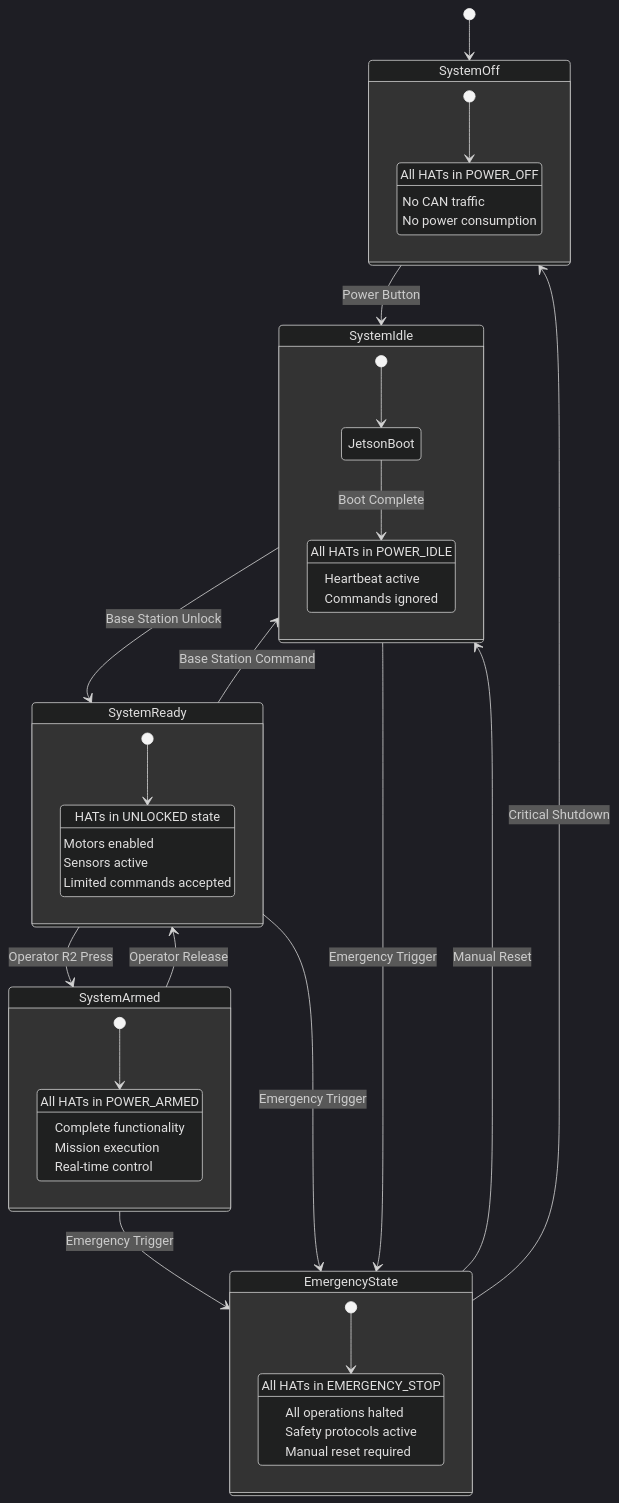
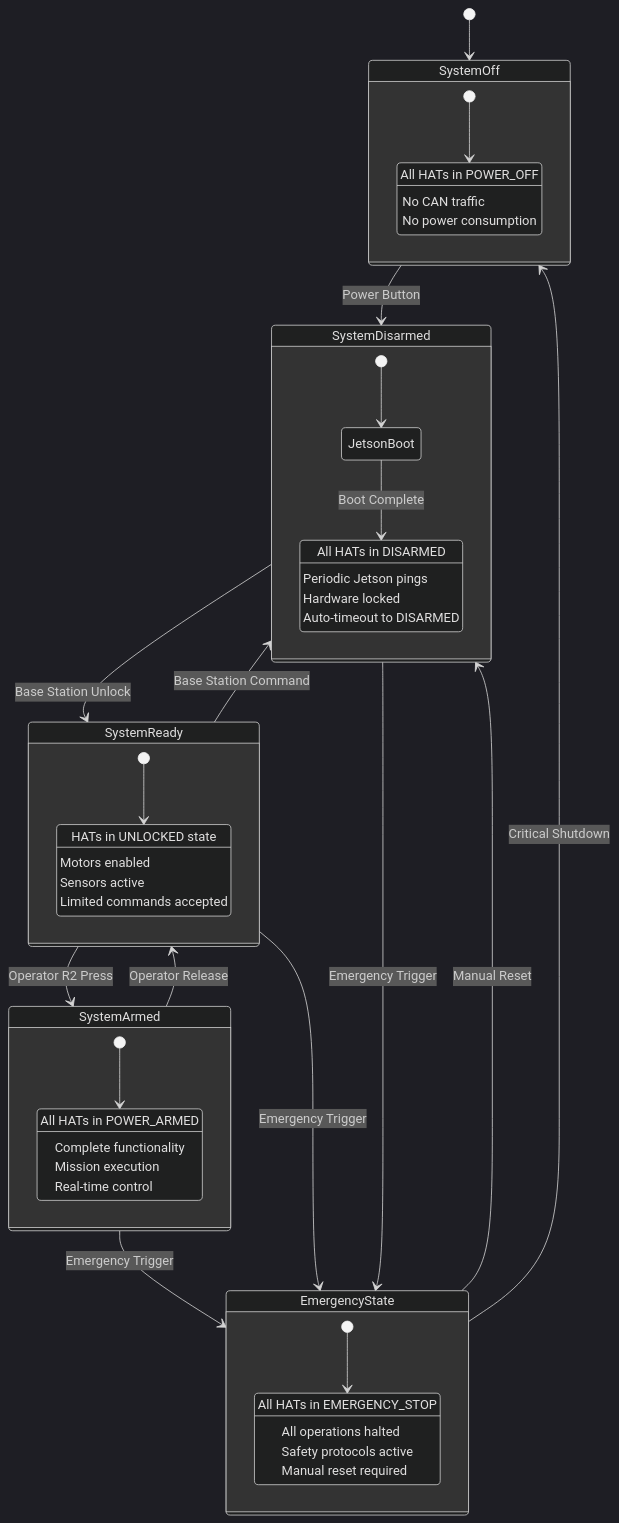
Before and after one commit to AryanRai/SIRI-Elec: the fifth of 8 diagrams in architecture.md, drawn with Mermaid (dark theme). The commit also changed 5 other files, not shown here.

````diff
--- a/architecture.md
+++ b/architecture.md
@@ -272,58 +272,59 @@
 ```mermaid
 stateDiagram-v2
     [*] --> SystemOff
     
     state SystemOff {
         [*] --> AllHATsOff
         AllHATsOff : All HATs in POWER_OFF
         AllHATsOff : No CAN traffic
         AllHATsOff : No power consumption
     }
     
-    SystemOff --> SystemIdle : Power Button
+    SystemOff --> SystemDisarmed : Power Button
     
-    state SystemIdle {
+    state SystemDisarmed {
         [*] --> JetsonBoot
-        JetsonBoot --> HATsIdle : Boot Complete
-        HATsIdle : All HATs in POWER_IDLE
-        HATsIdle : Heartbeat active
-        HATsIdle : Commands ignored
+        JetsonBoot --> HATsDisarmed : Boot Complete
+        HATsDisarmed : All HATs in DISARMED
+        HATsDisarmed : Periodic Jetson pings
+        HATsDisarmed : Hardware locked
+        HATsDisarmed : Auto-timeout to DISARMED
     }
     
-    SystemIdle --> SystemReady : Base Station Unlock
+    SystemDisarmed --> SystemReady : Base Station Unlock
     
     state SystemReady {
         [*] --> HATsUnlocked
         HATsUnlocked : HATs in UNLOCKED state
         HATsUnlocked : Motors enabled
         HATsUnlocked : Sensors active
         HATsUnlocked : Limited commands accepted
     }
     
     SystemReady --> SystemArmed : Operator R2 Press
     
     state SystemArmed {
         [*] --> FullyOperational
         FullyOperational : All HATs in POWER_ARMED
         FullyOperational : Complete functionality
         FullyOperational : Mission execution
         FullyOperational : Real-time control
     }
     
     SystemArmed --> SystemReady : Operator Release
-    SystemReady --> SystemIdle : Base Station Command
+    SystemReady --> SystemDisarmed : Base Station Command
     SystemArmed --> EmergencyState : Emergency Trigger
     SystemReady --> EmergencyState : Emergency Trigger
-    SystemIdle --> EmergencyState : Emergency Trigger
+    SystemDisarmed --> EmergencyState : Emergency Trigger
     
     state EmergencyState {
         [*] --> AllHATsEmergency
         AllHATsEmergency : All HATs in EMERGENCY_STOP
         AllHATsEmergency : All operations halted
         AllHATsEmergency : Safety protocols active
         AllHATsEmergency : Manual reset required
     }
     
-    EmergencyState --> SystemIdle : Manual Reset
+    EmergencyState --> SystemDisarmed : Manual Reset
     EmergencyState --> SystemOff : Critical Shutdown
 ```
````
